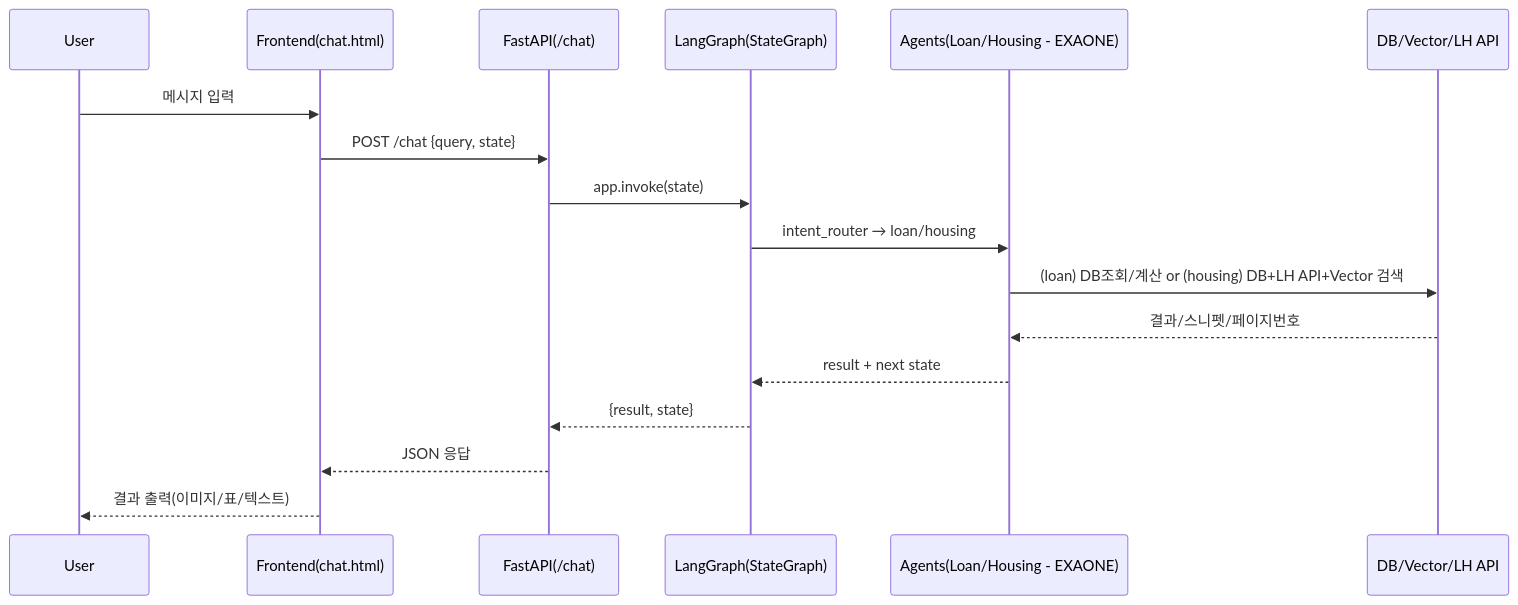
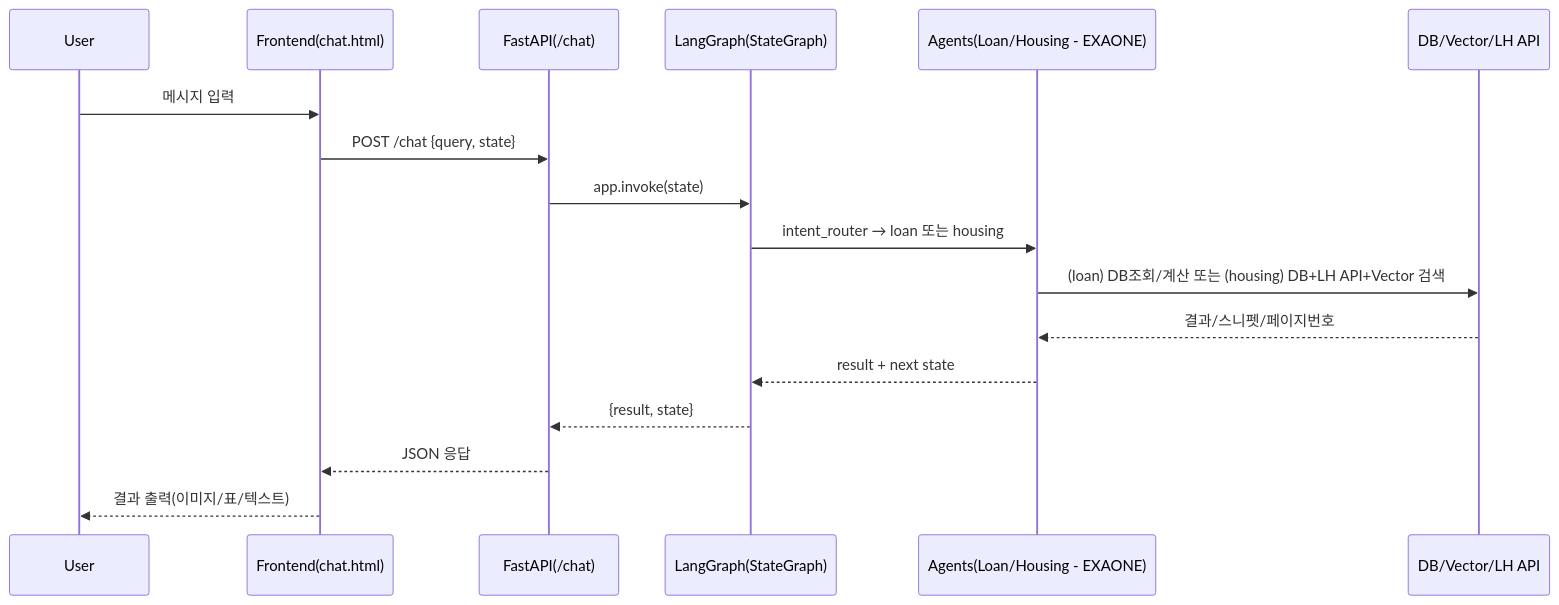
Before and after one commit to ChangMin59/welhome: the second of 2 diagrams in README.md, drawn with Mermaid. The commit also changed other lines of this file, not shown here.

````diff
--- a/README.md
+++ b/README.md
@@ -43,20 +43,20 @@
 ```mermaid
 sequenceDiagram
     participant U as User
     participant FE as Frontend(chat.html)
     participant API as FastAPI(/chat)
     participant LG as LangGraph(StateGraph)
     participant AG as Agents(Loan/Housing - EXAONE)
     participant DS as DB/Vector/LH API
 
     U->>FE: 메시지 입력
     FE->>API: POST /chat {query, state}
     API->>LG: app.invoke(state)
-    LG->>AG: intent_router → loan/housing
-    AG->>DS: (loan) DB조회/계산 or (housing) DB+LH API+Vector 검색
+    LG->>AG: intent_router → loan 또는 housing
+    AG->>DS: (loan) DB조회/계산 또는 (housing) DB+LH API+Vector 검색
     DS-->>AG: 결과/스니펫/페이지번호
     AG-->>LG: result + next state
     LG-->>API: {result, state}
     API-->>FE: JSON 응답
     FE-->>U: 결과 출력(이미지/표/텍스트)
 ```
````
